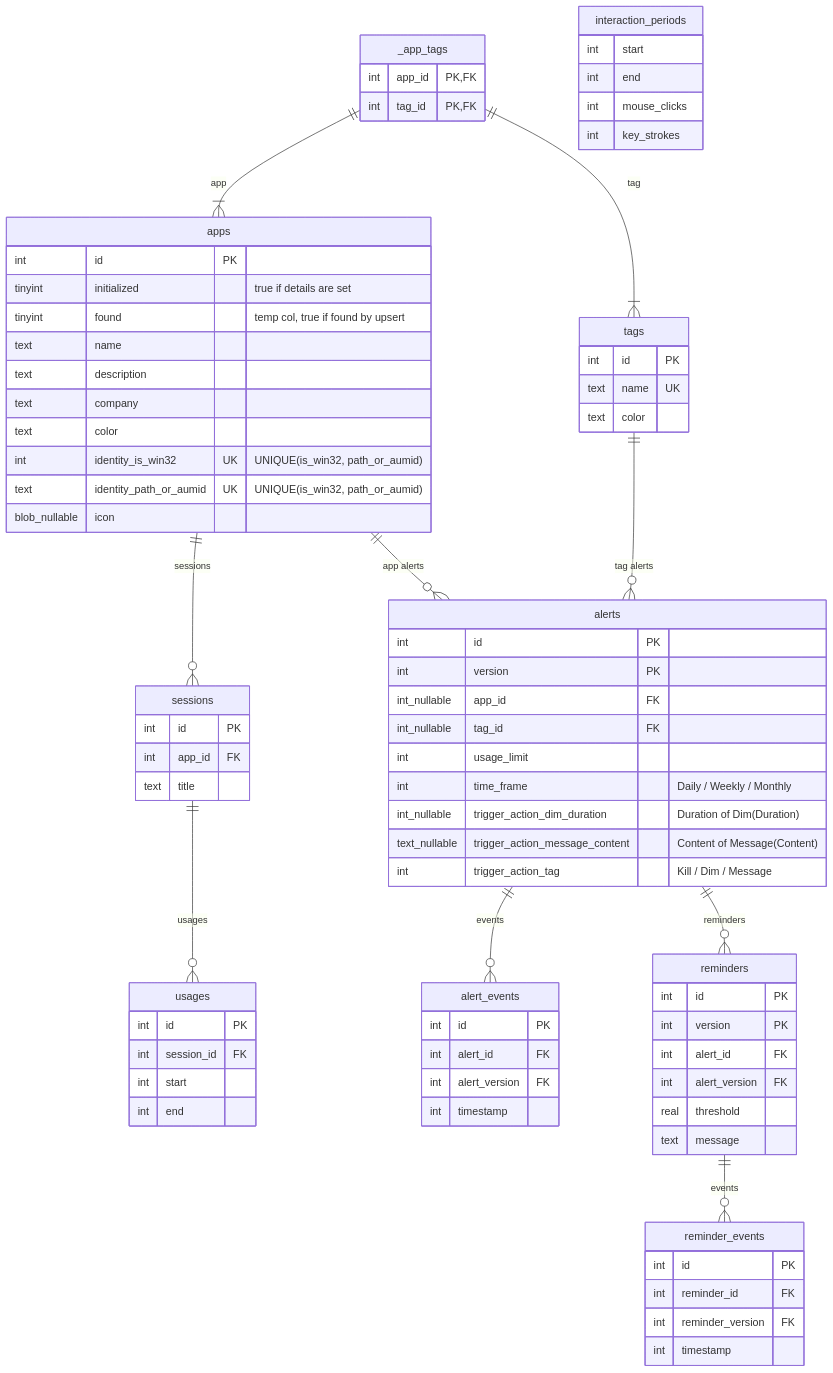
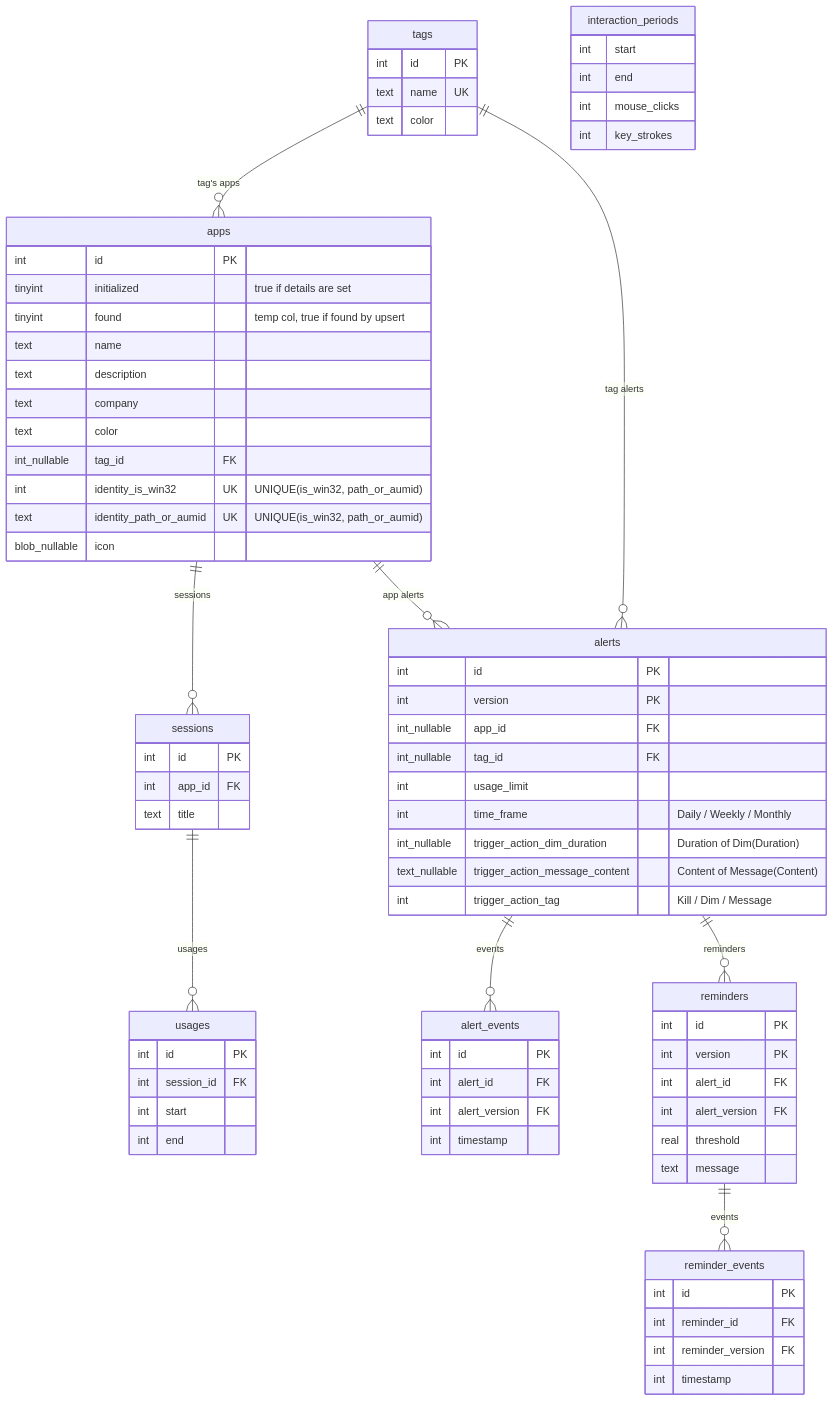
Before and after one commit to Enigmatrix/Cobalt: the second of 2 diagrams in ARCHITECTURE.md, drawn with Mermaid.

```diff
--- a/ARCHITECTURE.md
+++ b/ARCHITECTURE.md
@@ -45,6 +45,7 @@
         text            description
         text            company
         text            color
+        int_nullable    tag_id FK
         int             identity_is_win32     UK "UNIQUE(is_win32, path_or_aumid)"
         text            identity_path_or_aumid   UK "UNIQUE(is_win32, path_or_aumid)"
         blob_nullable   icon
@@ -54,11 +55,6 @@
         int             id PK
         text            name UK
         text            color
-    }
-
-    "_app_tags" {
-        int             app_id PK,FK
-        int             tag_id PK,FK
     }
 
     sessions {
@@ -118,8 +114,7 @@
 
     apps ||--o{ sessions : sessions
     sessions ||--o{ usages : usages
-    "_app_tags" ||--|{ apps : app
-    "_app_tags" ||--|{ tags : tag
+    tags ||--o{ apps : "tag's apps"
     apps ||--o{ alerts : "app alerts"
     tags ||--o{ alerts : "tag alerts"
     alerts ||--o{ reminders : reminders
```
